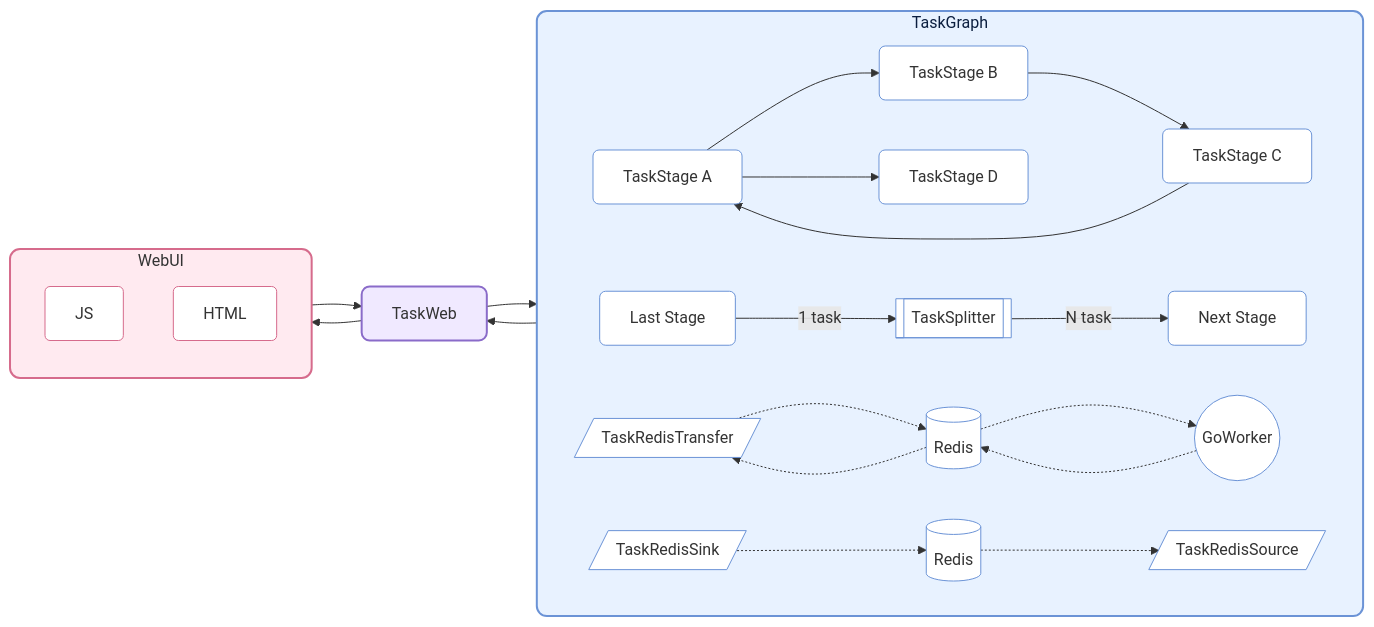
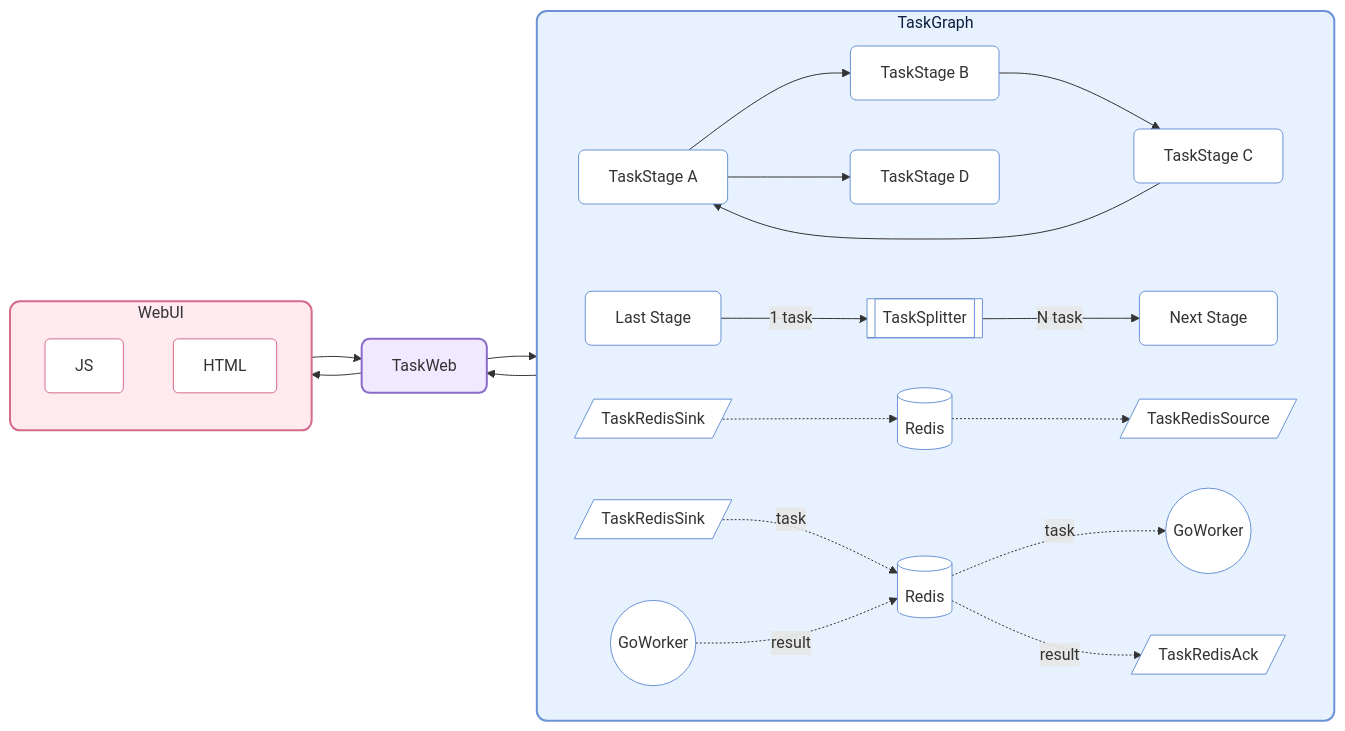
Before and after one commit to Mr-xiaotian/CelestialFlow: the first of 2 diagrams in README.md, drawn with Mermaid. The commit also changed other lines of this file and 4 other files, not shown here.

````diff
--- a/README.md
+++ b/README.md
@@ -39,73 +39,74 @@
 ```mermaid
 flowchart LR
 
     %% ===== TaskGraph =====
     subgraph TG[TaskGraph]
         direction LR
 
         S1[TaskStage A]
         S2[TaskStage B]
         S3[TaskStage C]
         S4[TaskStage D]
 
         T1[Last Stage]
         T2[Next Stage]
 
         TS[[TaskSplitter]]
-        TR[/TaskRedisTransfer/]
-        TRSI[/TaskRedisSink/]
+        TRSI1[/TaskRedisSink/]
+        TRSI2[/TaskRedisSink/]
         TRSO[/TaskRedisSource/]
+        TRA[/TaskRedisAck/]
 
         RE1[(Redis)]
         RE2[(Redis)]
         G1((GoWorker))
+        G2((GoWorker))
 
         S1 --> S2 --> S3 --> S1
         S1 --> S4
 
         T1 -->|1 task| TS
         TS -->|N task| T2
 
-        TR -.->RE1 -.-> G1
-        G1 -.->RE1 -.-> TR
-
-        TRSI -.-> RE2 -.->  TRSO
+        TRSI1 -.-> RE1 -.->  TRSO
+        TRSI2 -.->|task| RE2 -.->|task| G1
+        G2 -.->|result| RE2 -.->|result| TRA
 
     end
 
     %% 美化 TaskGraph 外框
     style TG fill:#e8f2ff,stroke:#6b93d6,stroke-width:2px,color:#0b1e3f,rx:10px,ry:10px
 
     %% 统一美化格式
     classDef blueNode fill:#ffffff,stroke:#6b93d6,rx:6px,ry:6px;
 
     %% 美化 TaskStages
     class S1,S2,S3,S4 blueNode;
     class T1,T2 blueNode;
 
     %% 美化 特殊Stage
-    class TS,TR,TRSI,TRSO blueNode;
+    class TS,TRA,TRSI1,TRSI2,TRSO blueNode;
 
     %% 美化 外部结构
-    class RE1,RE2,G1 blueNode;
+    class RE1,RE2,G1,G2 blueNode;
 
     %% ===== WebUI =====
     subgraph W[WebUI]
         JS
         HTML
     end
 
     style W fill:#ffeaf0,stroke:#d66b8c,stroke-width:2px,rx:10px,ry:10px
     style JS fill:#ffffff,stroke:#d66b8c,rx:5px,ry:5px
     style HTML fill:#ffffff,stroke:#d66b8c,rx:5px,ry:5px
 
     R[TaskWeb]
     style R fill:#f0e9ff,stroke:#8a6bc9,stroke-width:2px,rx:8px,ry:8px
 
     %% ===== Links =====
     TG --> R 
     R --> TG 
     R --> W
     W --> R
 
 ```
````
